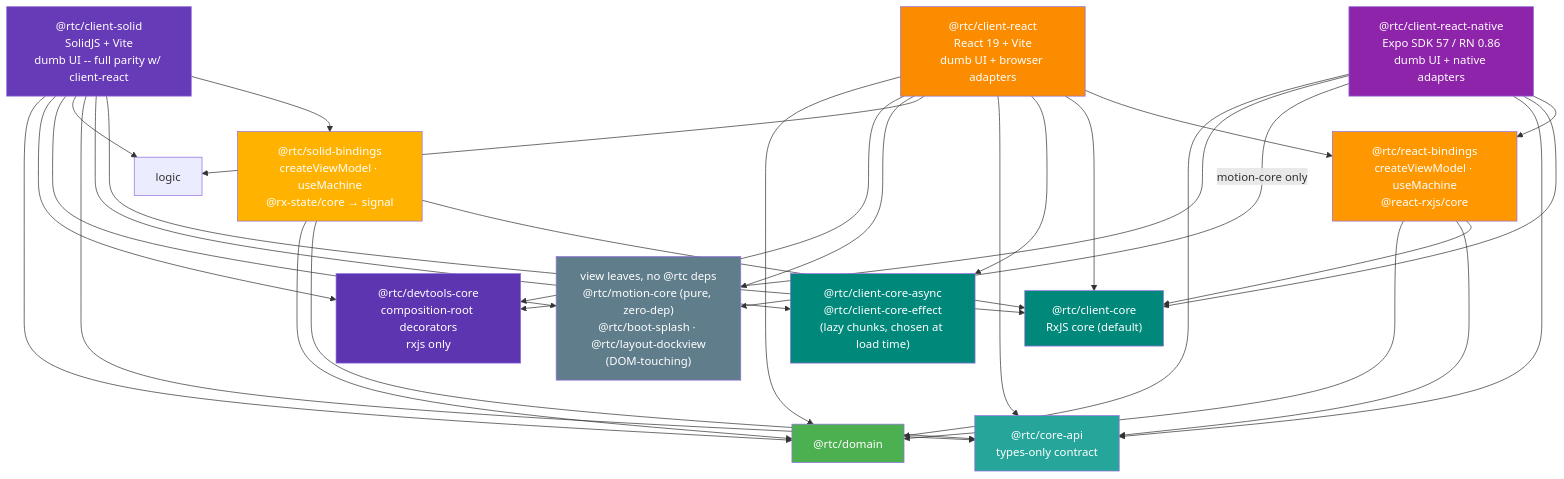
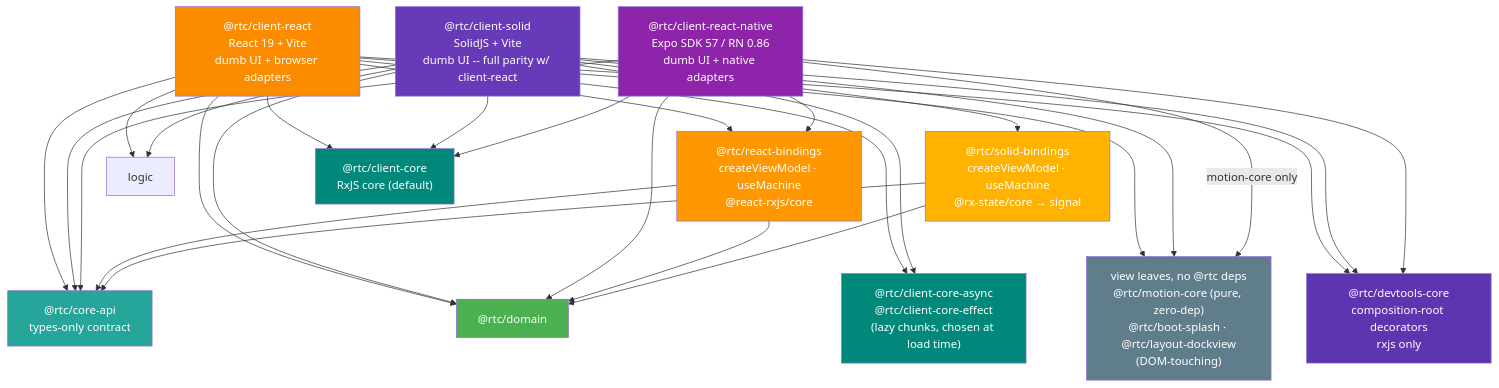
One commit to bettersoftware-io/ReactiveTraderCloudClone changed the first of 4 diagrams in docs/architecture/06-package-dependencies.md. Above: the diagram before and after it, drawn with Mermaid. The commit also changed other lines of this file and 70 other files, not shown here.

````diff
--- a/docs/architecture/06-package-dependencies.md
+++ b/docs/architecture/06-package-dependencies.md
@@ -9,65 +9,63 @@
 ```mermaid
 graph TB
     webc["@rtc/client-react<br/>React 19 + Vite<br/>dumb UI + browser adapters"]
     solidc["@rtc/client-solid<br/>SolidJS + Vite<br/>dumb UI -- full parity w/ client-react"]
     rnc["@rtc/client-react-native<br/>Expo SDK 57 / RN 0.86<br/>dumb UI + native adapters"]
 
     rb["@rtc/react-bindings<br/>createViewModel · useMachine<br/>@react-rxjs/core"]
     sb["@rtc/solid-bindings<br/>createViewModel · useMachine<br/>@rx-state/core → signal"]
 
     core["@rtc/client-core<br/>RxJS core (default)"]
     alts["@rtc/client-core-async<br/>@rtc/client-core-effect<br/>(lazy chunks, chosen at load time)"]
     api["@rtc/core-api<br/>types-only contract"]
 
     leaves["view leaves, no @rtc deps<br/>@rtc/motion-core (pure, zero-dep)<br/>@rtc/boot-splash · @rtc/layout-dockview<br/>(DOM-touching)"]
     dtcore["@rtc/devtools-core<br/>composition-root decorators<br/>rxjs only"]
     domain["@rtc/domain"]
 
     webc --> rb
     webc --> core
     webc --> alts
     webc --> api
     webc --> logic
     webc --> leaves
     webc --> dtcore
     webc --> domain
     solidc --> sb
     solidc --> core
     solidc --> alts
     solidc --> api
     solidc --> logic
     solidc --> leaves
     solidc --> dtcore
     solidc --> domain
     rnc --> rb
     rnc --> core
     rnc --> api
     rnc -->|"motion-core only"| leaves
     rnc --> dtcore
     rnc --> domain
-    rb --> core
     rb --> api
     rb --> domain
-    sb --> core
     sb --> api
     sb --> domain
 
     %% Invisible rank constraints -- keep each rank to four boxes (tall, not wide)
     rb ~~~ alts
     sb ~~~ leaves
     sb ~~~ dtcore
     core ~~~ api
     core ~~~ domain
 
     style webc fill:#FB8C00,color:#fff
     style solidc fill:#673AB7,color:#fff
     style rnc fill:#8E24AA,color:#fff
     style rb fill:#FF9800,color:#fff
     style sb fill:#FFB300,color:#fff
     style core fill:#00897B,color:#fff
     style alts fill:#00897B,color:#fff
     style api fill:#26A69A,color:#fff
     style leaves fill:#607D8B,color:#fff
     style dtcore fill:#5E35B1,color:#fff
     style domain fill:#4CAF50,color:#fff
 ```
````
